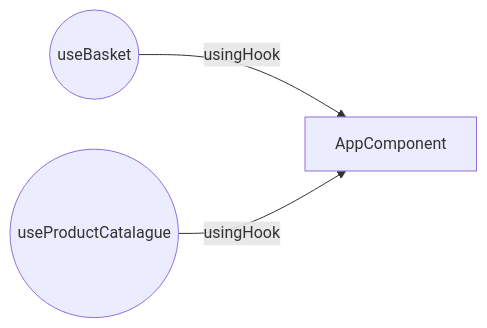
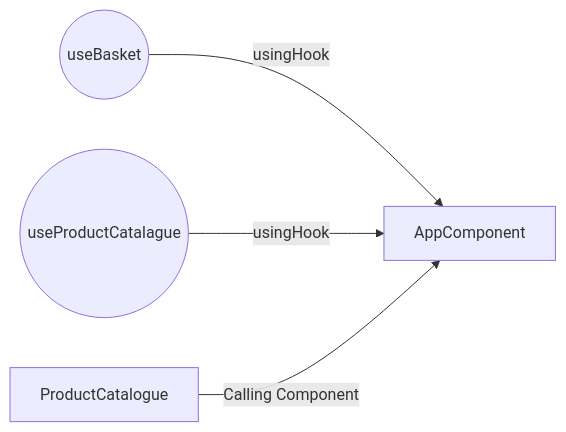
One commit to mkashifse/plates-co changed the second of 2 diagrams in README.md. Above: the diagram before and after it, drawn with Mermaid. The commit also changed other lines of this file, not shown here.

````diff
--- a/README.md
+++ b/README.md
@@ -65,7 +63,7 @@
 ```mermaid
 graph LR
 B((useBasket)) -- usingHook -->  A[AppComponent]
 C((useProductCatalague)) -- usingHook -->  A[AppComponent]
-
+D[ProductCatalogue] -- Calling Component --> A[AppComponent]
 
 ```
````
